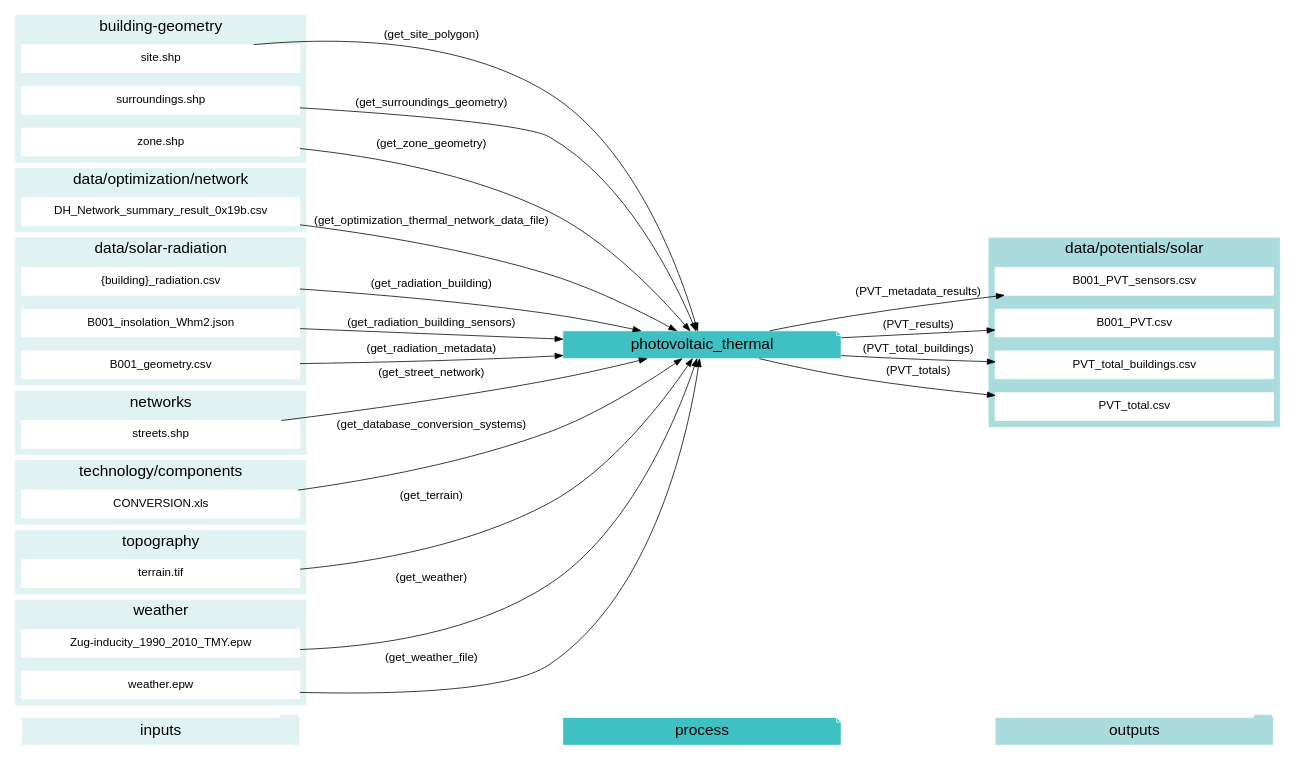
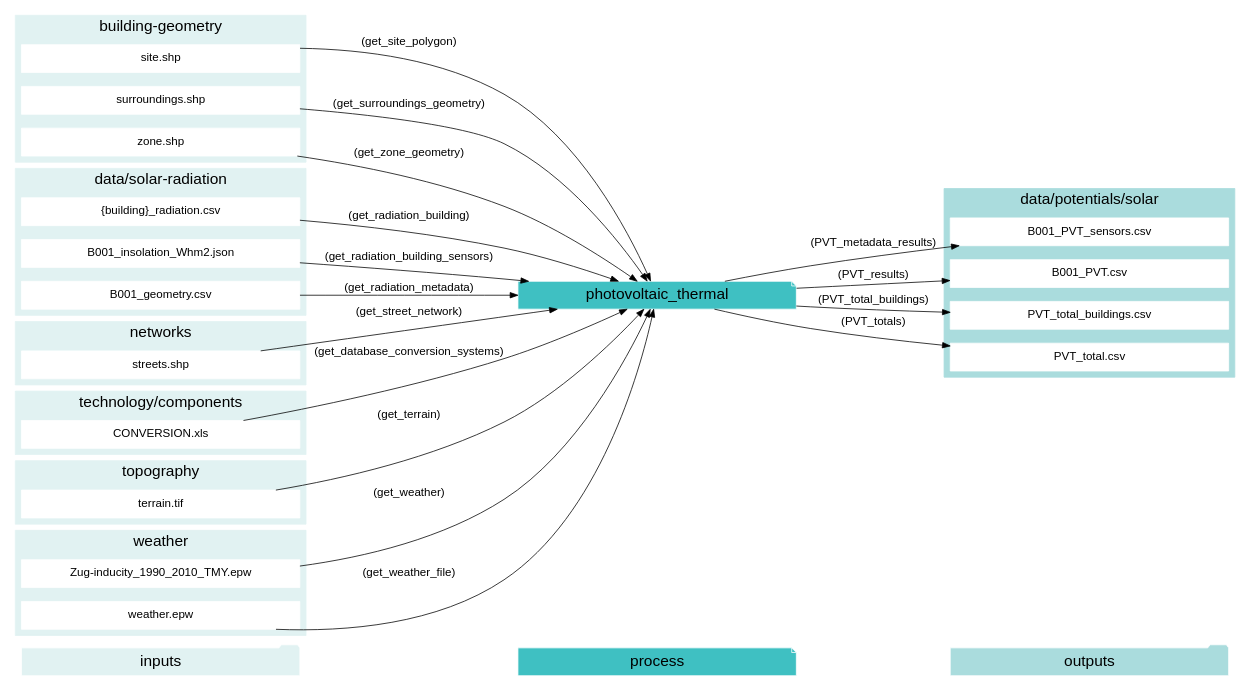
Before and after one commit to architecture-building-systems/CityEnergyAnalyst: the diagram in docs/graphviz/photovoltaic_thermal.gv, drawn with Graphviz. The commit also changed 25 other files, not shown here.

Commit message:
working on the graphviz output

```diff
--- a/docs/graphviz/photovoltaic_thermal.gv
+++ b/docs/graphviz/photovoltaic_thermal.gv
@@ -1,105 +1,96 @@
 digraph trace_inputlocator {
     rankdir="LR";
     graph [overlap=false, fontname=arial];
     node [shape=box, style=filled, color=white, fontsize=15, fontname=arial, fixedsize=true, width=5];
     edge [fontname=arial, fontsize = 15]
     newrank=true
     subgraph cluster_legend {
     fontsize=25
     style=invis
     "process"[style=filled, fillcolor="#3FC0C2", shape=note, fontsize=20, fontname="arial"]
     "inputs" [style=filled, shape=folder, color=white, fillcolor="#E1F2F2", fontsize=20]
     "outputs"[style=filled, shape=folder, color=white, fillcolor="#aadcdd", fontsize=20]
     "inputs"->"process"[style=invis]
     "process"->"outputs"[style=invis]
     }
     "photovoltaic_thermal"[style=filled, color=white, fillcolor="#3FC0C2", shape=note, fontsize=20, fontname=arial];
     subgraph cluster_0_in {
         style = filled;
         color = "#E1F2F2";
         fontsize = 20;
         rank=same;
         label="building-geometry";
         "site.shp"
         "surroundings.shp"
         "zone.shp"
     }
-    subgraph cluster_1_in {
-        style = filled;
-        color = "#E1F2F2";
-        fontsize = 20;
-        rank=same;
-        label="data/optimization/network";
-        "DH_Network_summary_result_0x19b.csv"
-    }
-    subgraph cluster_2_out {
+    subgraph cluster_1_out {
         style = filled;
         color = "#aadcdd";
         fontsize = 20;
         rank=same;
         label="data/potentials/solar";
         "B001_PVT_sensors.csv"
         "B001_PVT.csv"
         "PVT_total_buildings.csv"
         "PVT_total.csv"
     }
-    subgraph cluster_3_in {
+    subgraph cluster_2_in {
         style = filled;
         color = "#E1F2F2";
         fontsize = 20;
         rank=same;
         label="data/solar-radiation";
         "{building}_radiation.csv"
         "B001_insolation_Whm2.json"
         "B001_geometry.csv"
     }
-    subgraph cluster_4_in {
+    subgraph cluster_3_in {
         style = filled;
         color = "#E1F2F2";
         fontsize = 20;
         rank=same;
         label="networks";
         "streets.shp"
     }
-    subgraph cluster_5_in {
+    subgraph cluster_4_in {
         style = filled;
         color = "#E1F2F2";
         fontsize = 20;
         rank=same;
         label="technology/components";
         "CONVERSION.xls"
     }
-    subgraph cluster_6_in {
+    subgraph cluster_5_in {
         style = filled;
         color = "#E1F2F2";
         fontsize = 20;
         rank=same;
         label="topography";
         "terrain.tif"
     }
-    subgraph cluster_7_in {
+    subgraph cluster_6_in {
         style = filled;
         color = "#E1F2F2";
         fontsize = 20;
         rank=same;
         label="weather";
         "Zug-inducity_1990_2010_TMY.epw"
         "weather.epw"
     }
     "CONVERSION.xls" -> "photovoltaic_thermal"[label="(get_database_conversion_systems)"]
-    "DH_Network_summary_result_0x19b.csv" -> "photovoltaic_thermal"[label="(get_optimization_thermal_network_data_file)"]
     "{building}_radiation.csv" -> "photovoltaic_thermal"[label="(get_radiation_building)"]
     "B001_insolation_Whm2.json" -> "photovoltaic_thermal"[label="(get_radiation_building_sensors)"]
     "B001_geometry.csv" -> "photovoltaic_thermal"[label="(get_radiation_metadata)"]
     "site.shp" -> "photovoltaic_thermal"[label="(get_site_polygon)"]
     "streets.shp" -> "photovoltaic_thermal"[label="(get_street_network)"]
     "surroundings.shp" -> "photovoltaic_thermal"[label="(get_surroundings_geometry)"]
     "terrain.tif" -> "photovoltaic_thermal"[label="(get_terrain)"]
     "Zug-inducity_1990_2010_TMY.epw" -> "photovoltaic_thermal"[label="(get_weather)"]
     "weather.epw" -> "photovoltaic_thermal"[label="(get_weather_file)"]
     "zone.shp" -> "photovoltaic_thermal"[label="(get_zone_geometry)"]
     "photovoltaic_thermal" -> "B001_PVT_sensors.csv"[label="(PVT_metadata_results)"]
     "photovoltaic_thermal" -> "B001_PVT.csv"[label="(PVT_results)"]
     "photovoltaic_thermal" -> "PVT_total_buildings.csv"[label="(PVT_total_buildings)"]
     "photovoltaic_thermal" -> "PVT_total.csv"[label="(PVT_totals)"]
     }
```
